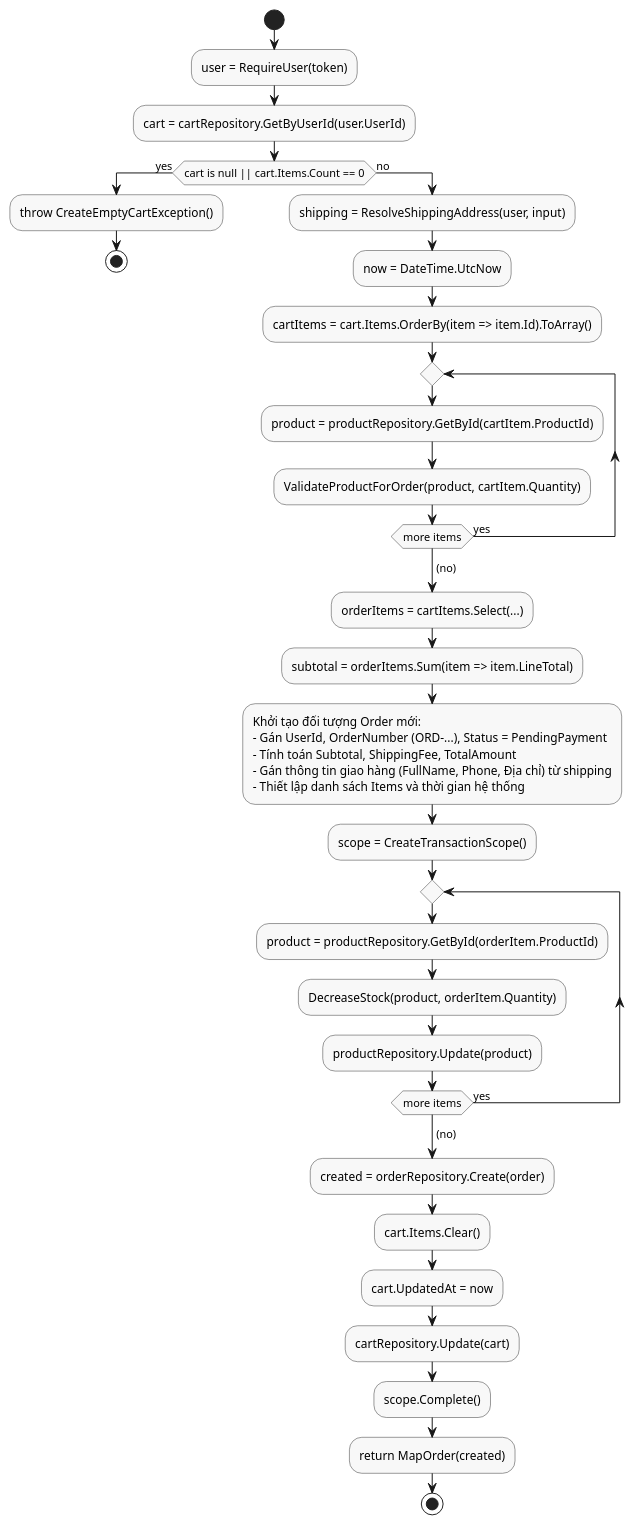
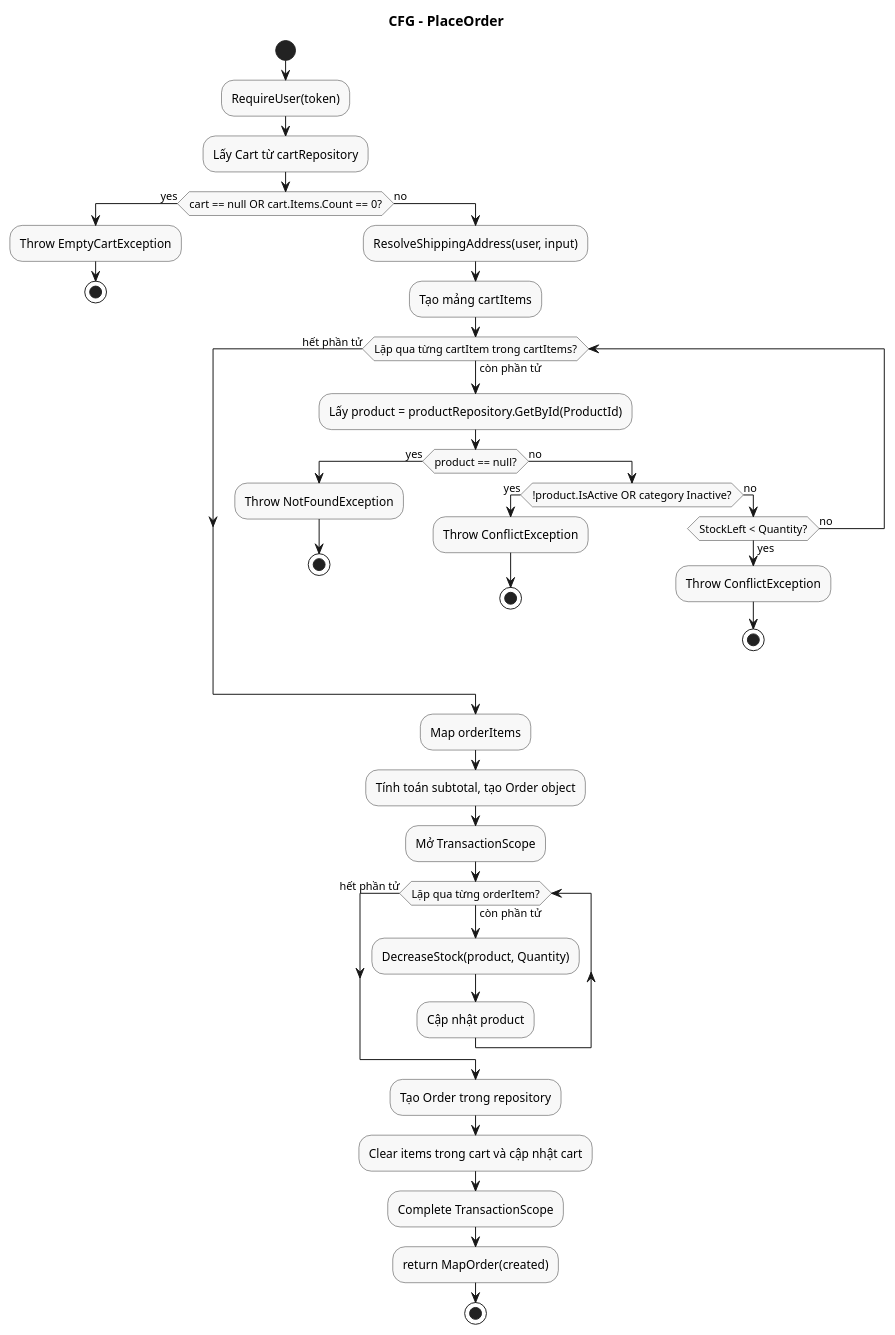
Before and after one commit to linhp7448-png/ShopdecorBee: the diagram in HomeDecorShop/CFG/OrderService_PlaceOrder.puml, drawn with PlantUML.

Commit message:
Refactor PlaceOrder

```diff
--- a/HomeDecorShop/CFG/OrderService_PlaceOrder.puml
+++ b/HomeDecorShop/CFG/OrderService_PlaceOrder.puml
@@ -1,51 +1,50 @@
 @startuml OrderService_PlaceOrder
 skinparam activity {
   BackgroundColor #F8F8F8
   BorderColor #333333
 }
 
+title CFG - PlaceOrder
 start
-:user = RequireUser(token);
-:cart = cartRepository.GetByUserId(user.UserId);
-if (cart is null || cart.Items.Count == 0) then (yes)
-  :throw CreateEmptyCartException();
+:RequireUser(token);
+:Lấy Cart từ cartRepository;
+if (cart == null OR cart.Items.Count == 0?) then (yes)
+  :Throw EmptyCartException;
   stop
 else (no)
-  :shipping = ResolveShippingAddress(user, input);
-  :now = DateTime.UtcNow;
-  :cartItems = cart.Items.OrderBy(item => item.Id).ToArray();
+  :ResolveShippingAddress(user, input);
+  :Tạo mảng cartItems;
+  while (Lặp qua từng cartItem trong cartItems?) is (còn phần tử)
+    :Lấy product = productRepository.GetById(ProductId);
+    if (product == null?) then (yes)
+      :Throw NotFoundException;
+      stop
+    else (no)
+      if (!product.IsActive OR category Inactive?) then (yes)
+        :Throw ConflictException;
+        stop
+      else (no)
+        if (StockLeft < Quantity?) then (yes)
+          :Throw ConflictException;
+          stop
+        else (no)
+        endif
+      endif
+    endif
+  endwhile (hết phần tử)
   
-  repeat
-    :product = productRepository.GetById(cartItem.ProductId);
-    :ValidateProductForOrder(product, cartItem.Quantity);
-  repeat while (more items) is (yes)
-  ->(no);
+  :Map orderItems;
+  :Tính toán subtotal, tạo Order object;
+  :Mở TransactionScope;
+  while (Lặp qua từng orderItem?) is (còn phần tử)
+    :DecreaseStock(product, Quantity);
+    :Cập nhật product;
+  endwhile (hết phần tử)
   
-  :orderItems = cartItems.Select(...);
-  :subtotal = orderItems.Sum(item => item.LineTotal);
-  
-  :Khởi tạo đối tượng Order mới:
-  - Gán UserId, OrderNumber (ORD-...), Status = PendingPayment
-  - Tính toán Subtotal, ShippingFee, TotalAmount
-  - Gán thông tin giao hàng (FullName, Phone, Địa chỉ) từ shipping
-  - Thiết lập danh sách Items và thời gian hệ thống;
-  
-  :scope = CreateTransactionScope();
-  
-  repeat
-    :product = productRepository.GetById(orderItem.ProductId);
-    :DecreaseStock(product, orderItem.Quantity);
-    :productRepository.Update(product);
-  repeat while (more items) is (yes)
-  ->(no);
-  
-  :created = orderRepository.Create(order);
-  :cart.Items.Clear();
-  :cart.UpdatedAt = now;
-  :cartRepository.Update(cart);
-  :scope.Complete();
-  
+  :Tạo Order trong repository;
+  :Clear items trong cart và cập nhật cart;
+  :Complete TransactionScope;
   :return MapOrder(created);
   stop
 endif
 @enduml
```
